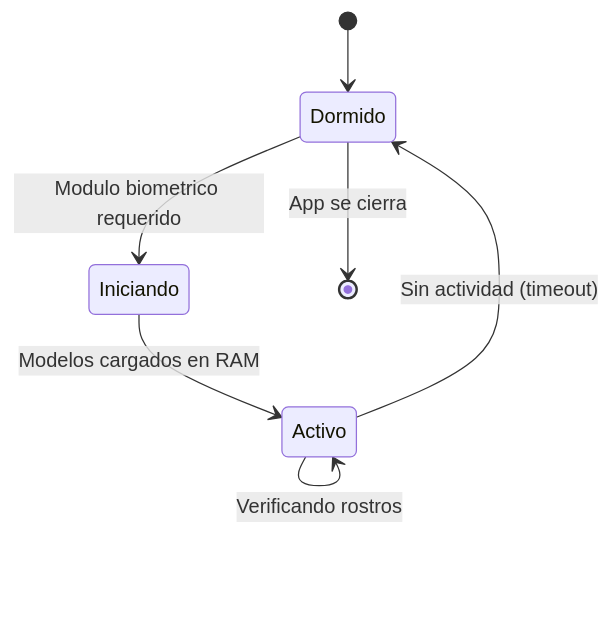
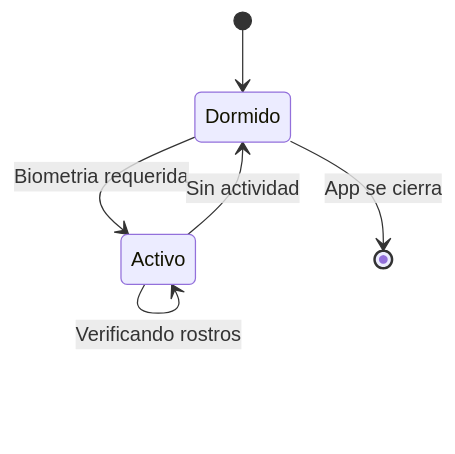
The second of 2 diagrams in docs/producto/como-funciona.md (ramarstudio/RAMar_Repo), drawn with Mermaid before and after one commit. The commit also changed other lines of this file and 9 other files, not shown here.

````diff
--- a/docs/producto/como-funciona.md
+++ b/docs/producto/como-funciona.md
@@ -80,9 +55,8 @@
 ```mermaid
 stateDiagram-v2
     [*] --> Dormido
-    Dormido --> Iniciando: Modulo biometrico requerido
-    Iniciando --> Activo: Modelos cargados en RAM
-    Activo --> Dormido: Sin actividad (timeout)
+    Dormido --> Activo: Biometria requerida
+    Activo --> Dormido: Sin actividad
     Activo --> Activo: Verificando rostros
     Dormido --> [*]: App se cierra
 ```
````
